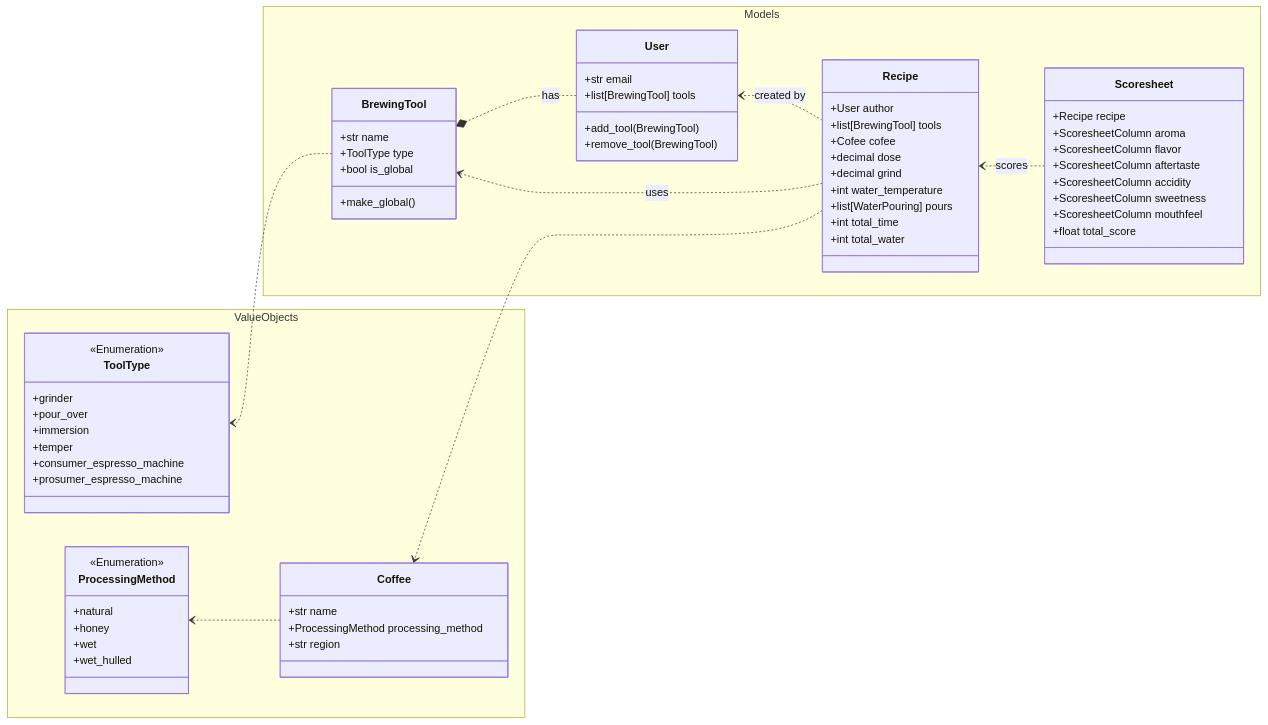
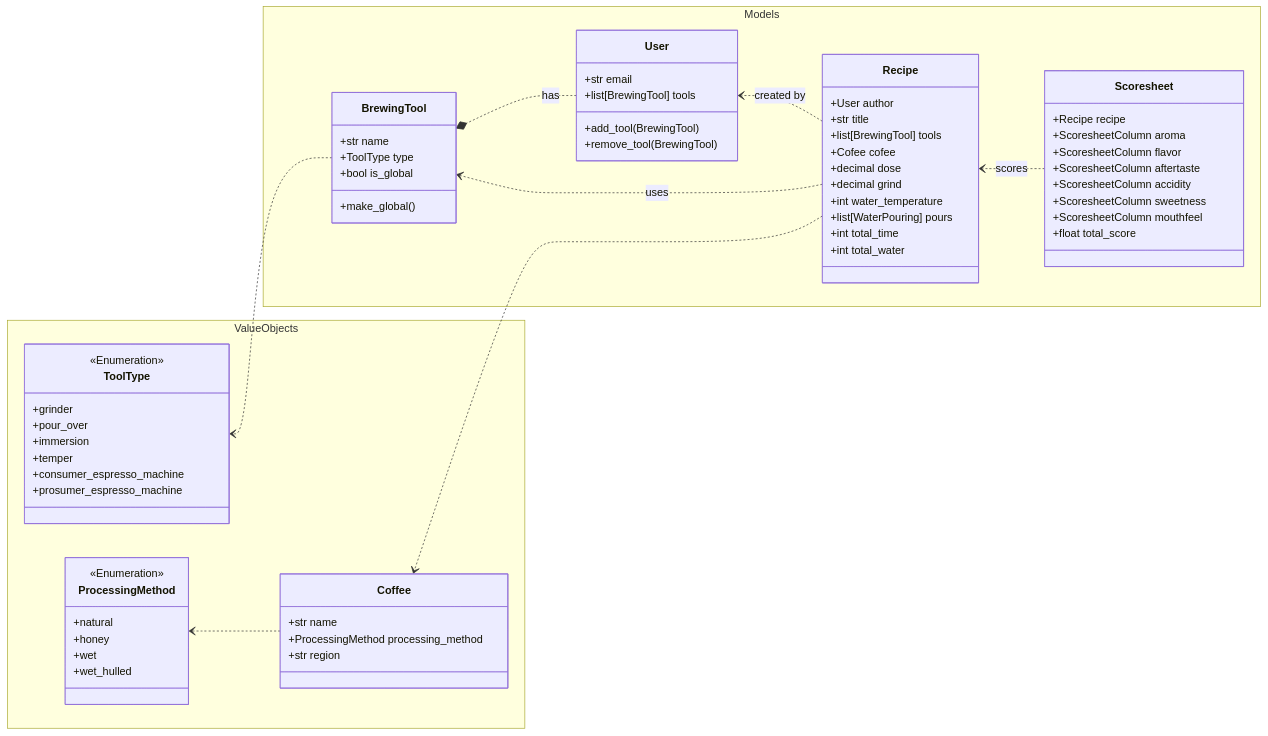
One commit to BeaverNotACat/Coffeest changed the diagram in docs/UML.md. Above: the diagram before and after it, drawn with Mermaid. The commit also changed 1 other file, not shown here.

Commit message:
📝 Add figma link

````diff
--- a/docs/UML.md
+++ b/docs/UML.md
@@ -5,76 +5,77 @@
 ```mermaid
 classDiagram
 direction RL
 namespace Models {
 	class User {
 		+str email
 		+list[BrewingTool] tools
 		+add_tool(BrewingTool)
 		+remove_tool(BrewingTool)
 	}
 
 	class BrewingTool {
 		+str name
 		+ToolType type
 		+bool is_global
 		+make_global()
 	}
 
 	class Recipe {
 		+User author
+		+str title
 		+list[BrewingTool] tools
 		+Cofee cofee
 		+decimal dose
 		+decimal grind
 		+int water_temperature
 		+list[WaterPouring] pours
 		+int total_time
 		+int total_water
 	}
 
 	class Scoresheet {
 		+Recipe recipe
 		+ScoresheetColumn aroma
 		+ScoresheetColumn flavor
 		+ScoresheetColumn aftertaste
 		+ScoresheetColumn accidity
 		+ScoresheetColumn sweetness
 		+ScoresheetColumn mouthfeel
 		+float total_score
 	}
 }
 
 namespace ValueObjects {
 	class ToolType {
 		<<Enumeration>>
 		+grinder
 		+pour_over
 		+immersion
 		+temper
 		+consumer_espresso_machine
 		+prosumer_espresso_machine
 	}
 	
 	class Coffee {
 		+str name
 		+ProcessingMethod processing_method
 		+str region
 	}
 	
 	class ProcessingMethod {
 		<<Enumeration>>
 		+natural
 		+honey
 		+wet
 		+wet_hulled
 	}
 }
 
 User ..* BrewingTool : has
 Recipe ..> User : created by
 Recipe ..> BrewingTool : uses
 Scoresheet ..> Recipe : scores
 Recipe ..> Coffee
 BrewingTool ..> ToolType
 Coffee ..> ProcessingMethod
 ```
````
